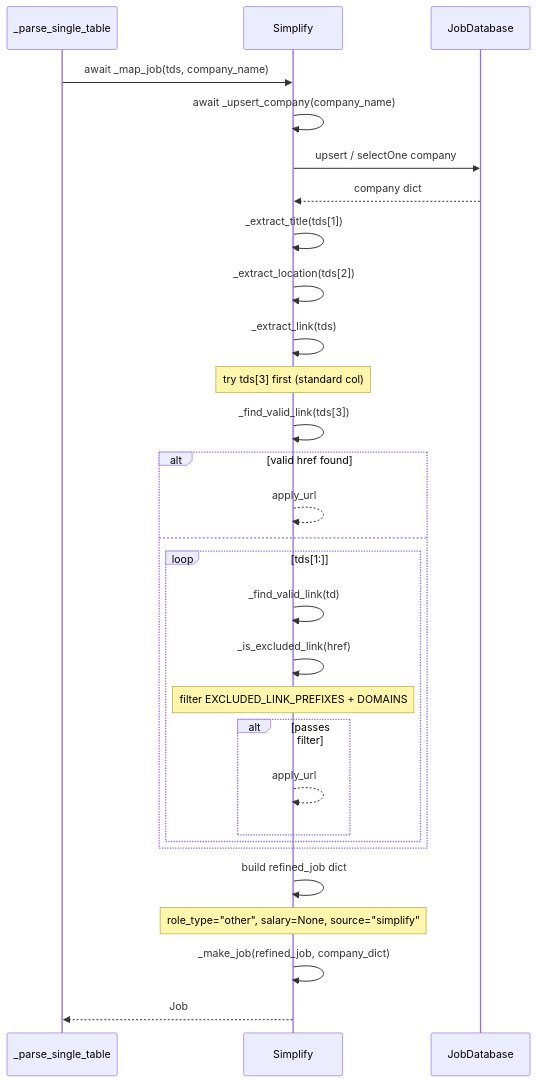
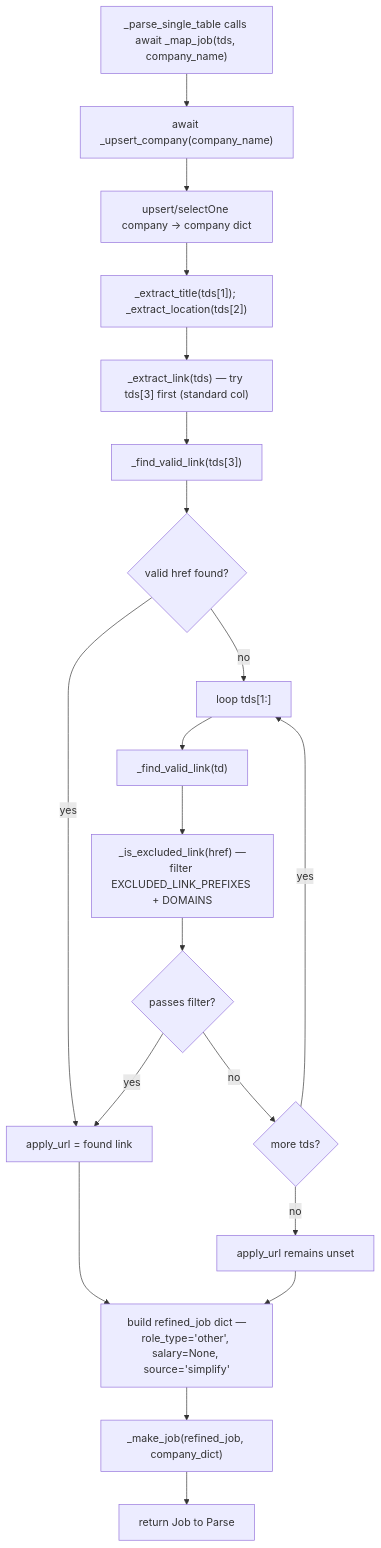
One commit to AustinDwomoh/libra changed the third of 3 diagrams in docs/diagrams/simplify_seq.md. Above: the diagram before and after it, drawn with Mermaid. The commit also changed other lines of this file and 17 other files, not shown here.

First line of the commit message:
Convert Mermaid sequences to flowcharts

````diff
--- a/docs/diagrams/simplify_seq.md
+++ b/docs/diagrams/simplify_seq.md
@@ -71,37 +43,23 @@
 ```mermaid
-%% sequenceDiagram — _map_job (row → Job) and _extract_link
-sequenceDiagram
-    participant Parse as _parse_single_table
-    participant S as Simplify
-    participant DB as JobDatabase
-
-    Parse->>S: await _map_job(tds, company_name)
-    S->>S: await _upsert_company(company_name)
-    S->>DB: upsert / selectOne company
-    DB-->>S: company dict
-
-    S->>S: _extract_title(tds[1])
-    S->>S: _extract_location(tds[2])
-
-    S->>S: _extract_link(tds)
-    Note over S: try tds[3] first (standard col)
-    S->>S: _find_valid_link(tds[3])
-    alt valid href found
-        S-->>S: apply_url
-    else
-        loop tds[1:]
-            S->>S: _find_valid_link(td)
-            S->>S: _is_excluded_link(href)
-            Note over S: filter EXCLUDED_LINK_PREFIXES + DOMAINS
-            alt passes filter
-                S-->>S: apply_url
-            end
-        end
-    end
-
-    S->>S: build refined_job dict
-    Note over S: role_type="other", salary=None, source="simplify"
-    S->>S: _make_job(refined_job, company_dict)
-    S-->>Parse: Job
-
+%% flowchart — _map_job (row → Job) and _extract_link
+flowchart TD
+    A["_parse_single_table calls await _map_job(tds, company_name)"] --> B["await _upsert_company(company_name)"]
+    B --> C["upsert/selectOne company → company dict"]
+    C --> D["_extract_title(tds[1]); _extract_location(tds[2])"]
+    D --> E["_extract_link(tds) — try tds[3] first (standard col)"]
+    E --> F["_find_valid_link(tds[3])"]
+    F --> G{valid href found?}
+    G -->|yes| H[apply_url = found link]
+    G -->|no| I["loop tds[1:]"]
+    I --> J["_find_valid_link(td)"]
+    J --> K["_is_excluded_link(href) —<br/>filter EXCLUDED_LINK_PREFIXES + DOMAINS"]
+    K --> L{passes filter?}
+    L -->|yes| H
+    L -->|no| M{more tds?}
+    M -->|yes| I
+    M -->|no| N[apply_url remains unset]
+    H --> O["build refined_job dict —<br/>role_type='other', salary=None, source='simplify'"]
+    N --> O
+    O --> P["_make_job(refined_job, company_dict)"]
+    P --> Q["return Job to Parse"]
 ```
````
